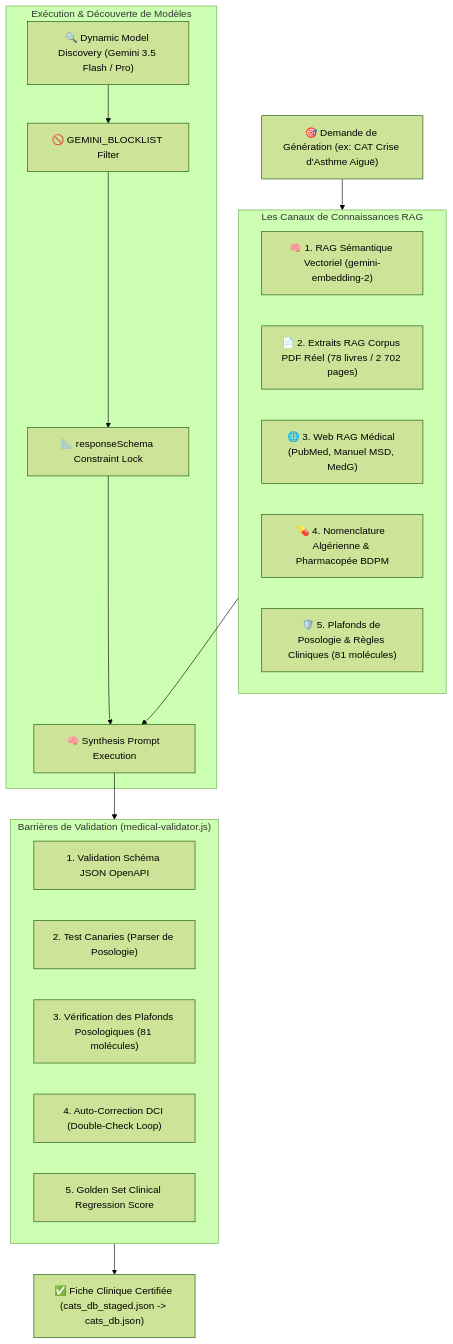
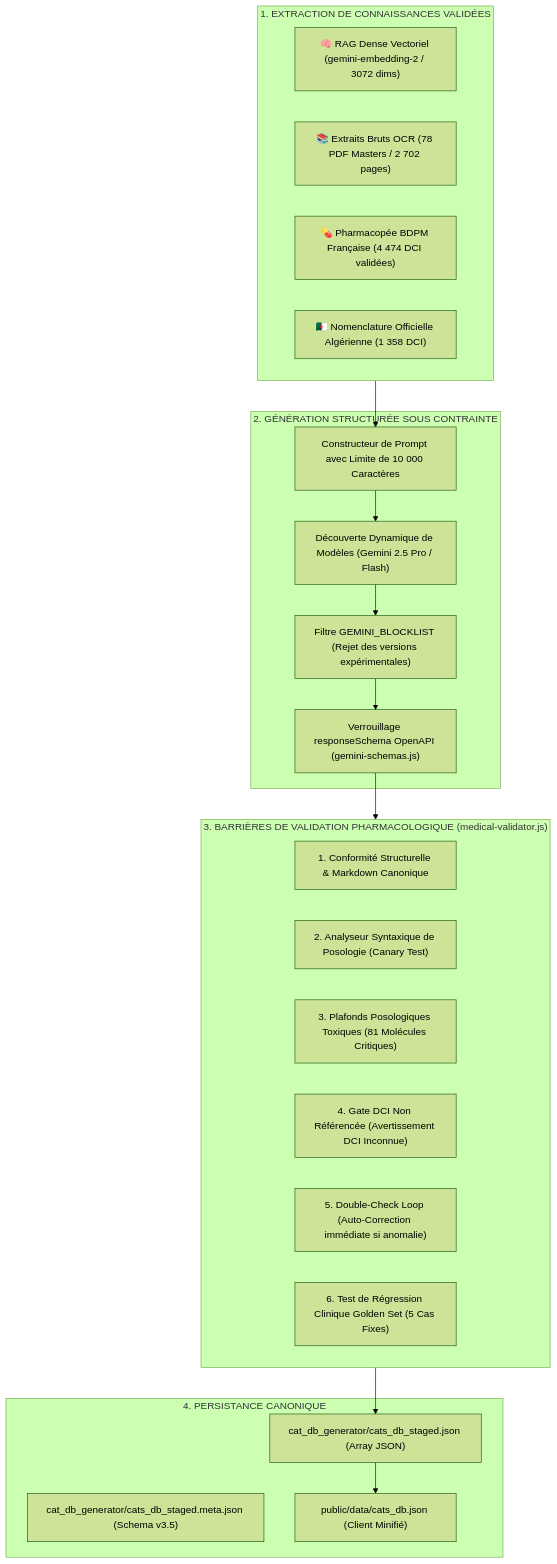
Before and after one commit to iillaa/med: the diagram in docs/01-architecture/llm-generation-engine.md, drawn with Mermaid (forest theme). The commit also changed other lines of this file and 7 other files, not shown here.

First line of the commit message:
docs(deep-architecture): complete exhaustive technical specifications and deep debugging manual

````diff
--- a/docs/01-architecture/llm-generation-engine.md
+++ b/docs/01-architecture/llm-generation-engine.md
@@ -20,33 +15,36 @@
 ```mermaid
 flowchart TD
-    Request["🎯 Demande de Génération (ex: CAT Crise d'Asthme Aiguë)"]
-    
-    subgraph StreamEngine["Les Canaux de Connaissances RAG"]
-        Stream1["🧠 1. RAG Sémantique Vectoriel (gemini-embedding-2)"]
-        Stream2["📄 2. Extraits RAG Corpus PDF Réel (78 livres / 2 702 pages)"]
-        Stream3["🌐 3. Web RAG Médical (PubMed, Manuel MSD, MedG)"]
-        Stream4["💊 4. Nomenclature Algérienne & Pharmacopée BDPM"]
-        Stream5["🛡️ 5. Plafonds de Posologie & Règles Cliniques (81 molécules)"]
+    subgraph Sourcing["1. EXTRACTION DE CONNAISSANCES VALIDÉES"]
+        RAGDense["🧠 RAG Dense Vectoriel (gemini-embedding-2 / 3072 dims)"]
+        PDFCorpus["📚 Extraits Bruts OCR (78 PDF Masters / 2 702 pages)"]
+        BDPM["💊 Pharmacopée BDPM Française (4 474 DCI validées)"]
+        Nomenclature["🇩🇿 Nomenclature Officielle Algérienne (1 358 DCI)"]
     end
 
-    subgraph LLMExecution["Exécution & Découverte de Modèles"]
-        GeminiDiscovery["🔍 Dynamic Model Discovery (Gemini 3.5 Flash / Pro)"]
-        BlocklistFilter["🚫 GEMINI_BLOCKLIST Filter"]
-        SchemaConstraint["📐 responseSchema Constraint Lock"]
-        GenerationPrompt["🧠 Synthesis Prompt Execution"]
-        GeminiDiscovery --> BlocklistFilter --> SchemaConstraint --> GenerationPrompt
+    subgraph LLMExecution["2. GÉNÉRATION STRUCTURÉE SOUS CONTRAINTE"]
+        PromptBuilder["Constructeur de Prompt avec Limite de 10 000 Caractères"]
+        GeminiDiscovery["Découverte Dynamique de Modèles (Gemini 2.5 Pro / Flash)"]
+        Blocklist["Filtre GEMINI_BLOCKLIST (Rejet des versions expérimentales)"]
+        SchemaConstraint["Verrouillage responseSchema OpenAPI (gemini-schemas.js)"]
     end
 
-    subgraph ValidationGates["Barrières de Validation (medical-validator.js)"]
-        SchemaGate["1. Validation Schéma JSON OpenAPI"]
-        CanaryGate["2. Test Canaries (Parser de Posologie)"]
-        DoseGate["3. Vérification des Plafonds Posologiques (81 molécules)"]
-        MoleculeGate["4. Auto-Correction DCI (Double-Check Loop)"]
-        GoldenGate["5. Golden Set Clinical Regression Score"]
+    subgraph SafetyGates["3. BARRIÈRES DE VALIDATION PHARMACOLOGIQUE (medical-validator.js)"]
+        Gate1["1. Conformité Structurelle & Markdown Canonique"]
+        Gate2["2. Analyseur Syntaxique de Posologie (Canary Test)"]
+        Gate3["3. Plafonds Posologiques Toxiques (81 Molécules Critiques)"]
+        Gate4["4. Gate DCI Non Référencée (Avertissement DCI Inconnue)"]
+        Gate5["5. Double-Check Loop (Auto-Correction immédiate si anomalie)"]
+        Gate6["6. Test de Régression Clinique Golden Set (5 Cas Fixes)"]
     end
 
-    Output["✅ Fiche Clinique Certifiée (cats_db_staged.json -> cats_db.json)"]
+    subgraph Persistence["4. PERSISTANCE CANONIQUE"]
+        Staging["cat_db_generator/cats_db_staged.json (Array JSON)"]
+        Sidecar["cat_db_generator/cats_db_staged.meta.json (Schema v3.5)"]
+        Production["public/data/cats_db.json (Client Minifié)"]
+    end
 
-    Request --> StreamEngine --> GenerationPrompt
-    GenerationPrompt --> ValidationGates --> Output
+    Sourcing --> PromptBuilder
+    PromptBuilder --> GeminiDiscovery --> Blocklist --> SchemaConstraint
+    SchemaConstraint --> SafetyGates
+    SafetyGates --> Staging --> Production
 ```
````
